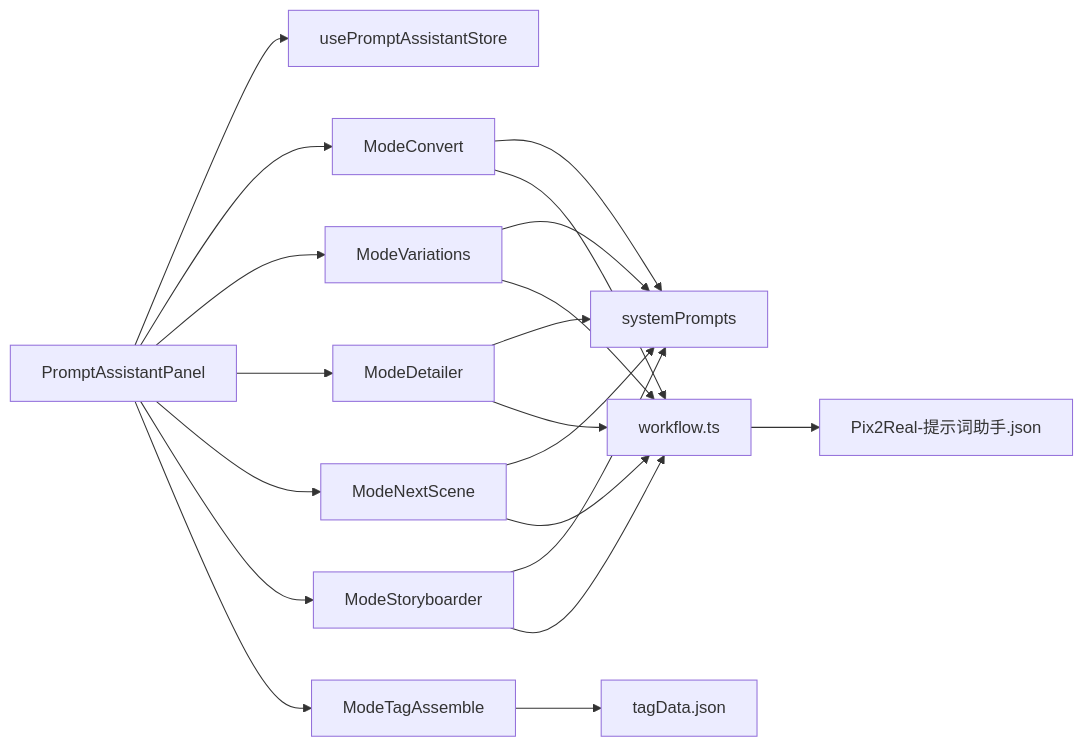
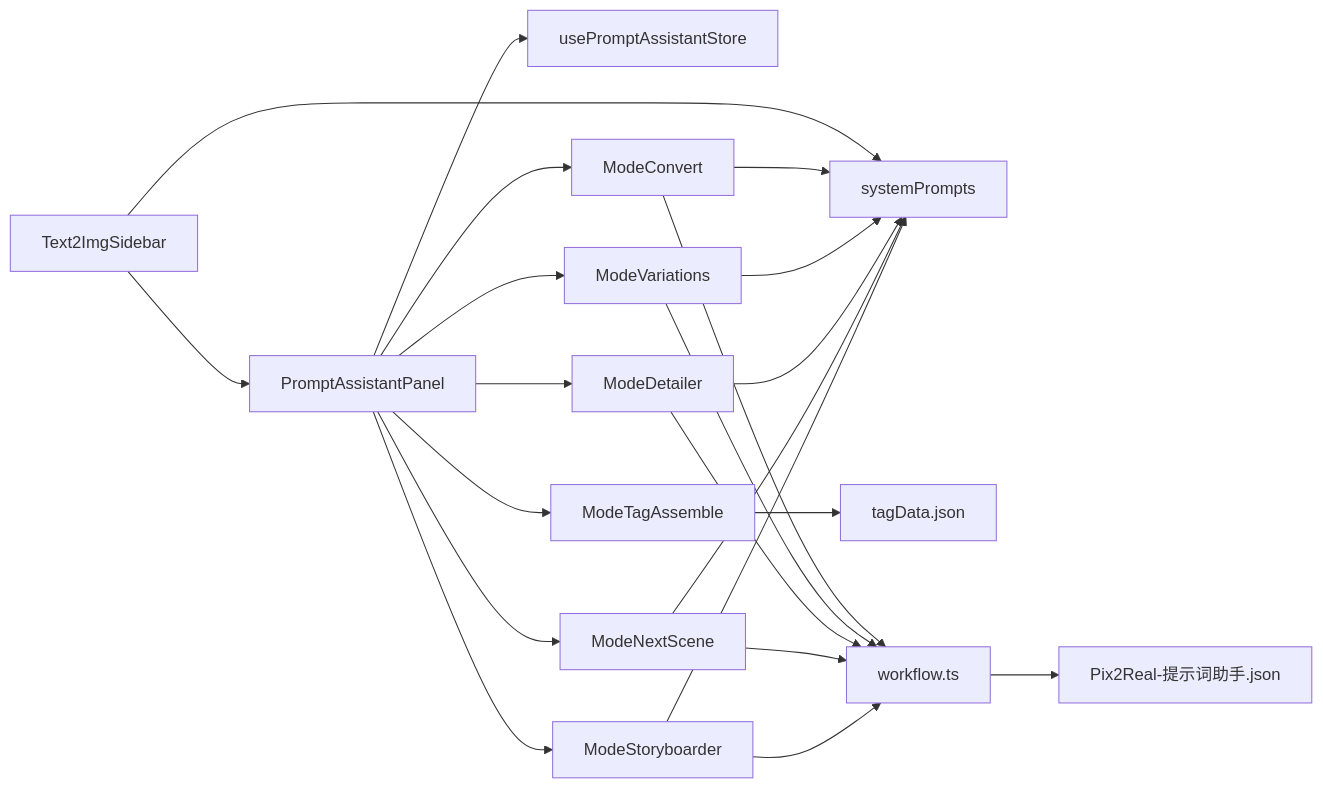
Before and after one commit to billye220670/CorineKit_Pix2Real: the seventh of 7 diagrams in .qoder/repowiki/zh/content/用户界面组件/专业功能组件/提示词助手面板/提示词助手面板.md, drawn with Mermaid. The commit also changed other lines of this file and 49 other files, not shown here.

````diff
--- a/.qoder/repowiki/zh/content/用户界面组件/专业功能组件/提示词助手面板/提示词助手面板.md
+++ b/.qoder/repowiki/zh/content/用户界面组件/专业功能组件/提示词助手面板/提示词助手面板.md
@@ -316,22 +396,24 @@
 ```mermaid
 graph LR
 Panel["PromptAssistantPanel"] --> Store["usePromptAssistantStore"]
 Panel --> M1["ModeConvert"]
 Panel --> M2["ModeVariations"]
 Panel --> M3["ModeDetailer"]
 Panel --> M4["ModeNextScene"]
 Panel --> M5["ModeStoryboarder"]
 Panel --> M6["ModeTagAssemble"]
-M1 --> Sys["systemPrompts"]
+Text2Img["Text2ImgSidebar"] --> Panel
+Text2Img --> Sys["systemPrompts"]
+M1 --> Sys
 M2 --> Sys
 M3 --> Sys
 M4 --> Sys
 M5 --> Sys
 M6 --> Tags["tagData.json"]
 M1 --> Route["workflow.ts"]
 M2 --> Route
 M3 --> Route
 M4 --> Route
 M5 --> Route
 Route --> WF["Pix2Real-提示词助手.json"]
 ```
````
